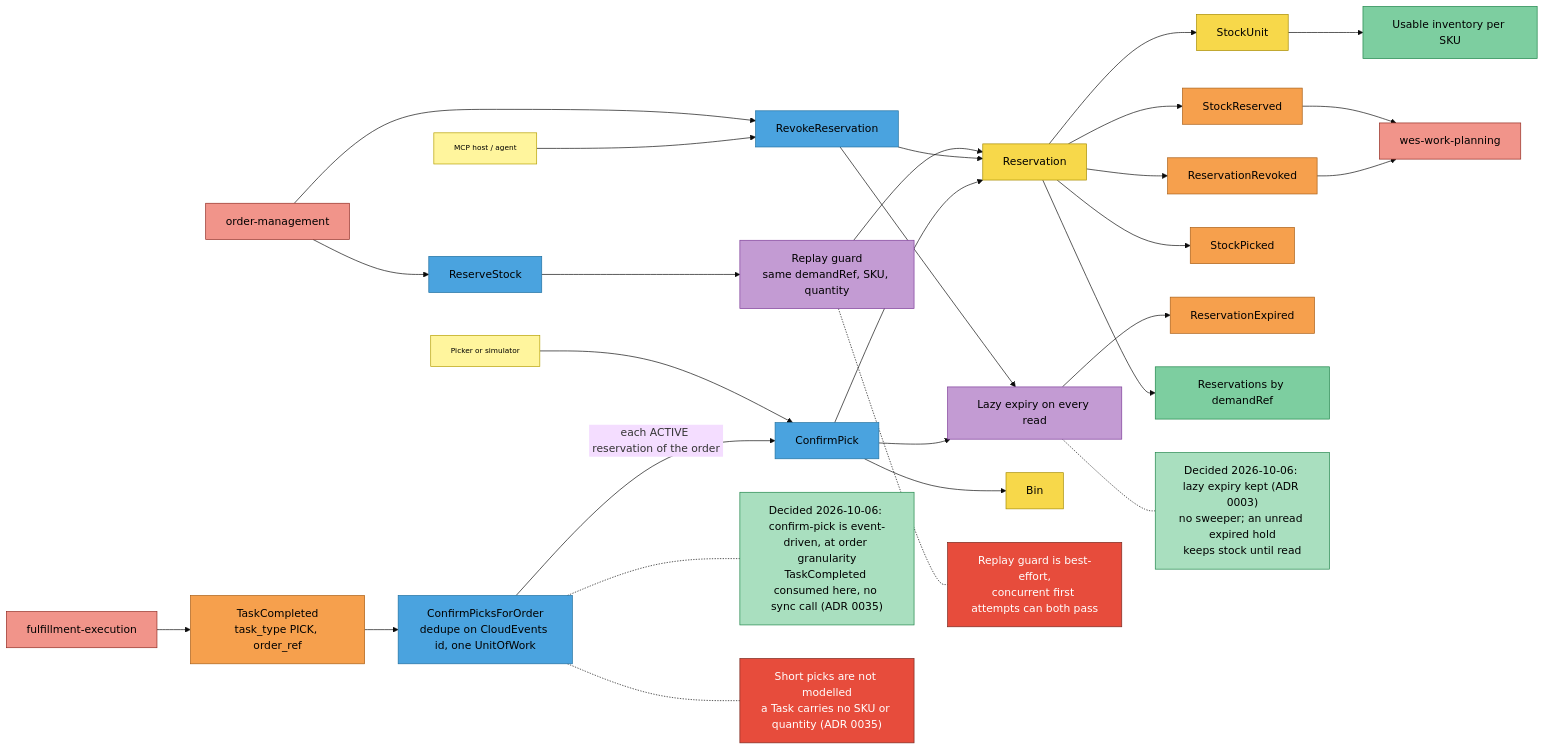
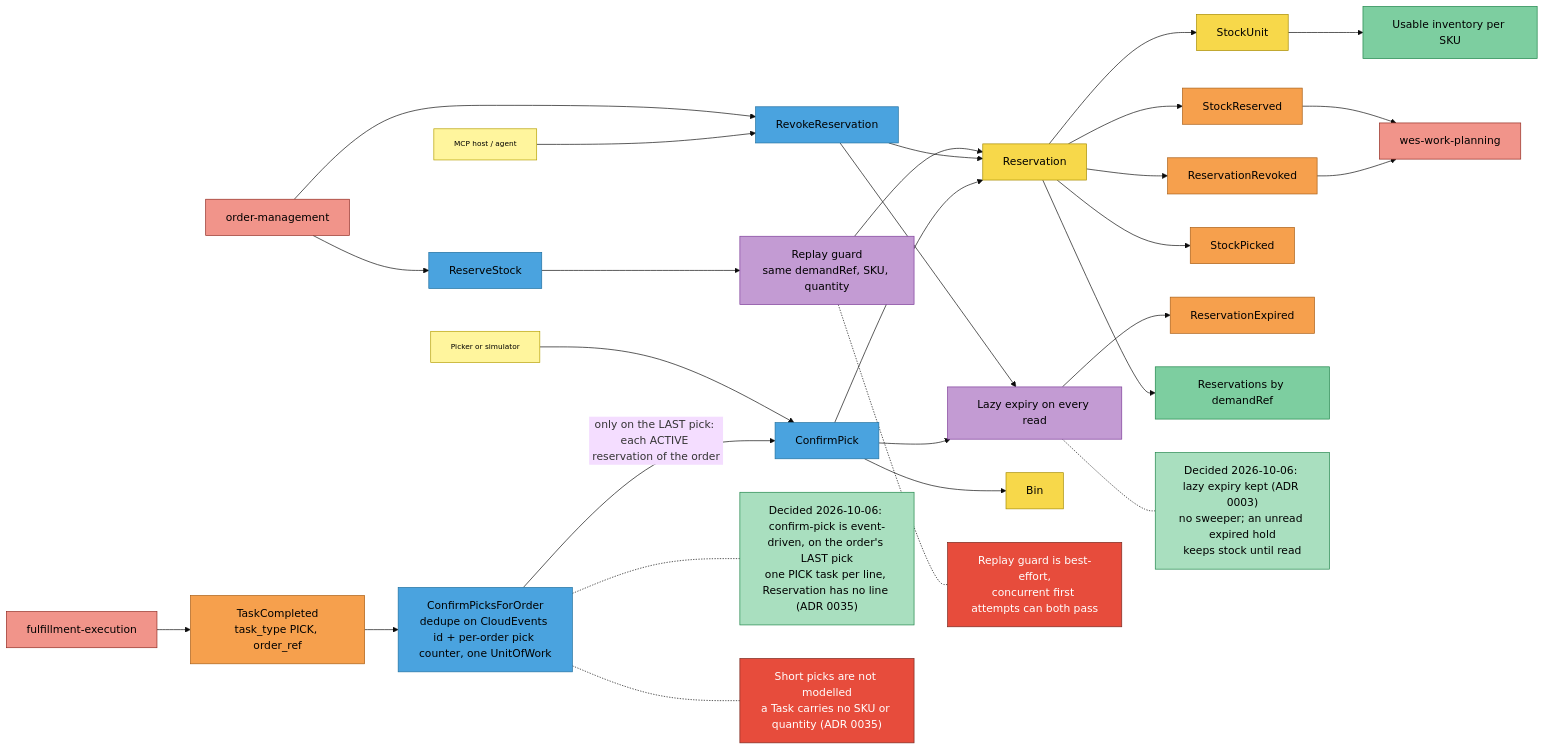
The third of 4 diagrams in docs/docs/ddd/eventstorming.md (IQVO/inventory-storage), drawn with Mermaid (base theme) before and after one commit. The commit also changed other lines of this file and 15 other files, not shown here.

First line of the commit message:
docs: confirm-pick on the order's last pick (ADR 0035, decision 17a)

````diff
--- a/docs/docs/ddd/eventstorming.md
+++ b/docs/docs/ddd/eventstorming.md
@@ -100,60 +100,60 @@
 ```mermaid
 flowchart LR
     OM["order-management"]:::external
     PK["Picker or simulator"]:::actor
     AG["MCP host / agent"]:::actor
     RSV["ReserveStock"]:::command
     RG["Replay guard<br/>same demandRef, SKU, quantity"]:::policy
     LE["Lazy expiry on every read"]:::policy
     RES["Reservation"]:::aggregate
     SU["StockUnit"]:::aggregate
     BIN["Bin"]:::aggregate
     SR["StockReserved"]:::event
     REV["RevokeReservation"]:::command
     RR["ReservationRevoked"]:::event
     CPK["ConfirmPick"]:::command
     SP["StockPicked"]:::event
     RE["ReservationExpired"]:::event
     WP["wes-work-planning"]:::external
     UI["Usable inventory per SKU"]:::readmodel
     RBD["Reservations by demandRef"]:::readmodel
     FE["fulfillment-execution"]:::external
     TCE["TaskCompleted<br/>task_type PICK, order_ref"]:::event
-    CPO["ConfirmPicksForOrder<br/>dedupe on CloudEvents id, one UnitOfWork"]:::command
+    CPO["ConfirmPicksForOrder<br/>dedupe on CloudEvents id + per-order pick counter, one UnitOfWork"]:::command
     H5["Decided 2026-10-06: lazy expiry kept (ADR 0003)<br/>no sweeper; an unread expired hold<br/>keeps stock until read"]:::decided
     H6["Replay guard is best-effort,<br/>concurrent first attempts can both pass"]:::hotspot
-    H7["Decided 2026-10-06: confirm-pick is event-driven, at order granularity<br/>TaskCompleted consumed here, no sync call (ADR 0035)"]:::decided
+    H7["Decided 2026-10-06: confirm-pick is event-driven, on the order's LAST pick<br/>one PICK task per line, Reservation has no line (ADR 0035)"]:::decided
     H9["Short picks are not modelled<br/>a Task carries no SKU or quantity (ADR 0035)"]:::hotspot
 
     OM --> RSV --> RG --> RES
     RES --> SU
     RES --> SR --> WP
     OM --> REV
     AG --> REV
     REV --> LE
     REV --> RES
     RES --> RR --> WP
     PK --> CPK --> LE
     FE --> TCE --> CPO
-    CPO -->|"each ACTIVE reservation of the order"| CPK
+    CPO -->|"only on the LAST pick: each ACTIVE reservation of the order"| CPK
     CPK --> RES
     CPK --> BIN
     RES --> SP
     LE --> RE
     SU --> UI
     RES --> RBD
     LE -.- H5
     RG -.- H6
     CPO -.- H7
     CPO -.- H9
 
     classDef actor fill:#fff59d,stroke:#b59f00,color:#000,font-size:11px
     classDef command fill:#4aa3df,stroke:#1f6f9f,color:#000
     classDef aggregate fill:#f7d84a,stroke:#a68b00,color:#000
     classDef event fill:#f6a04d,stroke:#a85d14,color:#000
     classDef policy fill:#c39bd3,stroke:#7d3c98,color:#000
     classDef readmodel fill:#7dcea0,stroke:#1e8449,color:#000
     classDef external fill:#f1948a,stroke:#922b21,color:#000
     classDef hotspot fill:#e74c3c,stroke:#78281f,color:#fff
     classDef decided fill:#a9dfbf,stroke:#1e8449,color:#000
 ```
````
